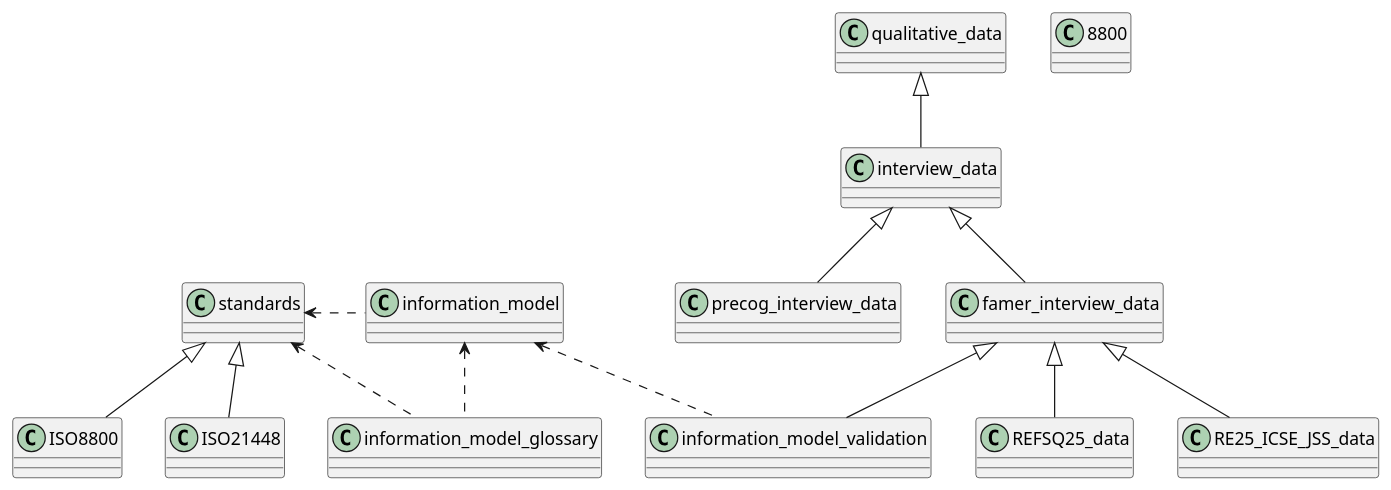
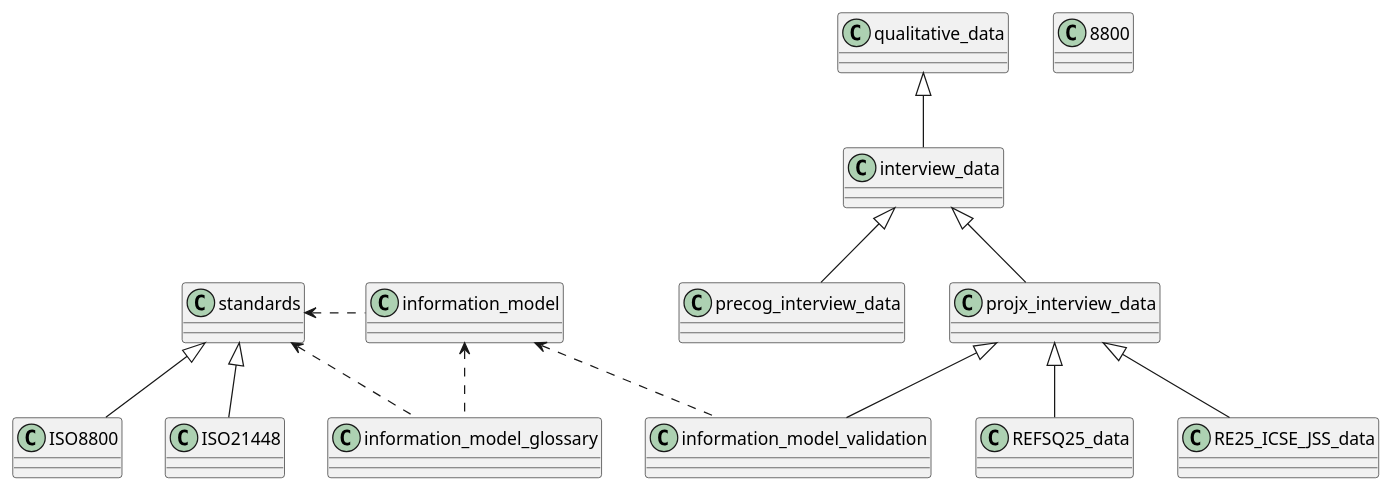
The first of 2 diagrams in method/research-method.md (ffi-famer/famer-tim), drawn with PlantUML before and after one commit. The commit also changed 11 other files, not shown here.

````diff
--- a/method/research-method.md
+++ b/method/research-method.md
@@ -4,26 +4,26 @@
 ```plantuml
 class qualitative_data
 class interview_data
 class precog_interview_data
-class famer_interview_data
+class projx_interview_data
 class information_model
 class information_model_glossary
 class information_model_validation
 class standards
 class 8800
 
 qualitative_data <|-- interview_data
 
 interview_data <|-- precog_interview_data
-interview_data <|-- famer_interview_data
-famer_interview_data <|-- information_model_validation
-famer_interview_data  <|-- REFSQ25_data
-famer_interview_data  <|-- RE25_ICSE_JSS_data
+interview_data <|-- projx_interview_data
+projx_interview_data <|-- information_model_validation
+projx_interview_data  <|-- REFSQ25_data
+projx_interview_data  <|-- RE25_ICSE_JSS_data
 
 information_model <.. information_model_validation
 standards <. information_model
 information_model <.. information_model_glossary
 standards <.. information_model_glossary
 standards <|-- ISO8800
 standards <|-- ISO21448
 ```
````
